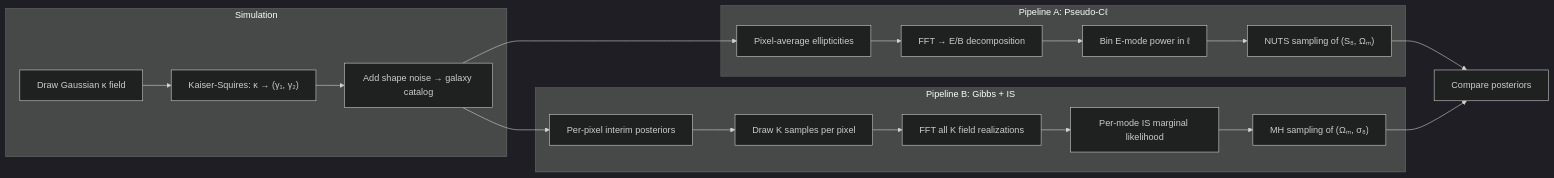
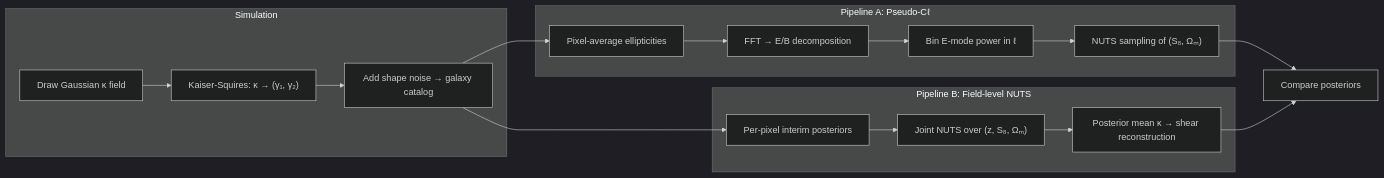
Before and after one commit to EiffL/HierarchicalShearDemo: the first of 3 diagrams in README.md, drawn with Mermaid (dark theme). The commit also changed other lines of this file and 11 other files, not shown here.

First line of the commit message:
Replace Gibbs+IS pipeline with joint field-level NUTS sampler

````diff
--- a/README.md
+++ b/README.md
@@ -17,22 +17,20 @@
 ```mermaid
 flowchart LR
     subgraph Simulation
         A[Draw Gaussian κ field] --> B["Kaiser-Squires: κ → (γ₁, γ₂)"]
         B --> C[Add shape noise → galaxy catalog]
     end
     subgraph Pipeline A: Pseudo-Cℓ
         C --> D[Pixel-average ellipticities]
         D --> E[FFT → E/B decomposition]
         E --> F[Bin E-mode power in ℓ]
         F --> G["NUTS sampling of (S₈, Ωₘ)"]
     end
-    subgraph Pipeline B: Gibbs + IS
+    subgraph Pipeline B: Field-level NUTS
         C --> H[Per-pixel interim posteriors]
-        H --> I[Draw K samples per pixel]
-        I --> J[FFT all K field realizations]
-        J --> K[Per-mode IS marginal likelihood]
-        K --> L["MH sampling of (Ωₘ, σ₈)"]
+        H --> I["Joint NUTS over (z, S₈, Ωₘ)"]
+        I --> J[Posterior mean κ → shear reconstruction]
     end
     G --> M[Compare posteriors]
-    L --> M
+    J --> M
 ```
````
